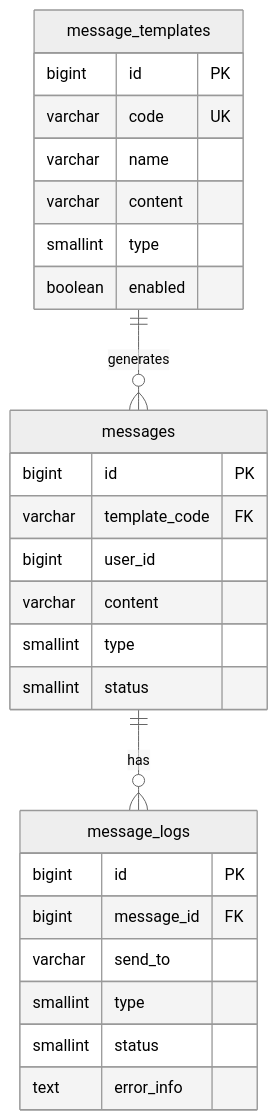
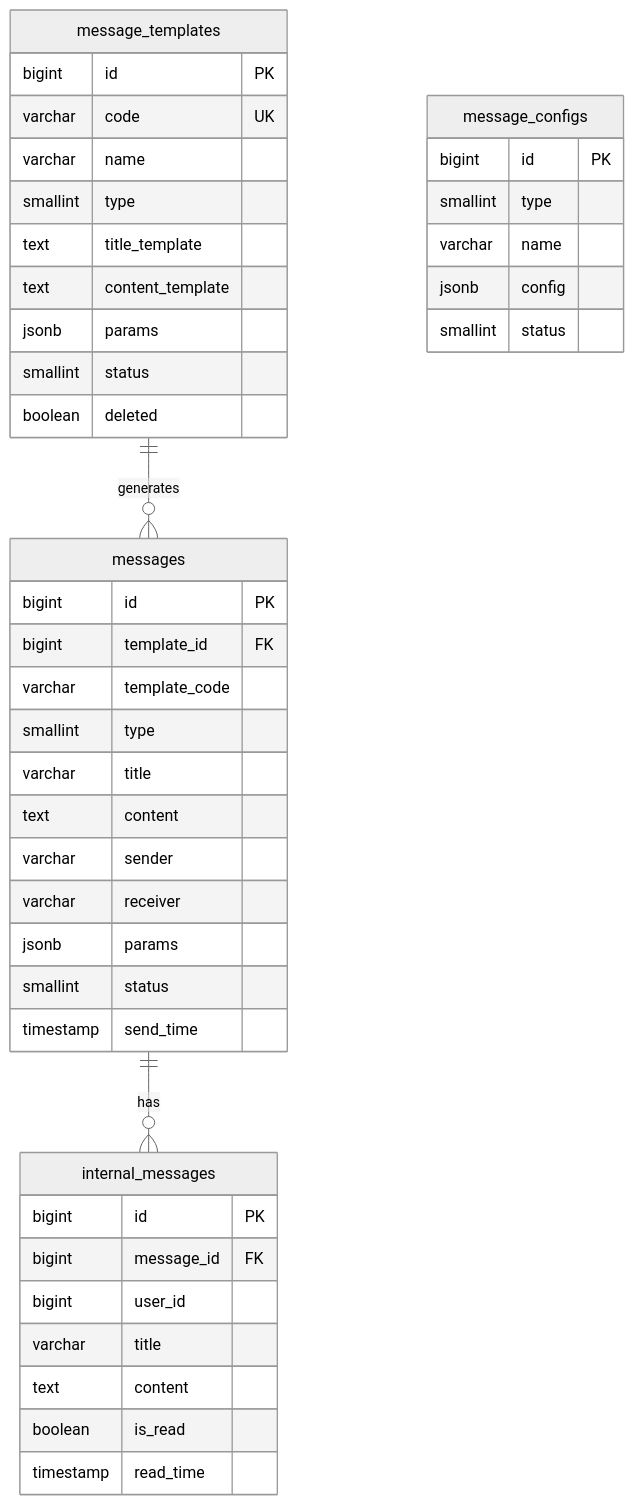
The sixth of 7 diagrams in docs/database-design.md (lying200/java-cloud), drawn with Mermaid (neutral theme) before and after one commit. The commit also changed other lines of this file and 8 other files, not shown here.

````diff
--- a/docs/database-design.md
+++ b/docs/database-design.md
@@ -316,32 +361,49 @@
 ```mermaid
 erDiagram
     message_templates ||--o{ messages : "generates"
-    messages ||--o{ message_logs : "has"
+    messages ||--o{ internal_messages : "has"
 
     message_templates {
         bigint id PK
         varchar code UK
         varchar name
-        varchar content
         smallint type
-        boolean enabled
+        text title_template
+        text content_template
+        jsonb params
+        smallint status
+        boolean deleted
     }
 
     messages {
         bigint id PK
-        varchar template_code FK
+        bigint template_id FK
+        varchar template_code
+        smallint type
+        varchar title
+        text content
+        varchar sender
+        varchar receiver
+        jsonb params
+        smallint status
+        timestamp send_time
+    }
+
+    internal_messages {
+        bigint id PK
+        bigint message_id FK
         bigint user_id
-        varchar content
+        varchar title
+        text content
+        boolean is_read
+        timestamp read_time
+    }
+
+    message_configs {
+        bigint id PK
         smallint type
+        varchar name
+        jsonb config
         smallint status
     }
-
-    message_logs {
-        bigint id PK
-        bigint message_id FK
-        varchar send_to
-        smallint type
-        smallint status
-        text error_info
-    }
 ```
````
